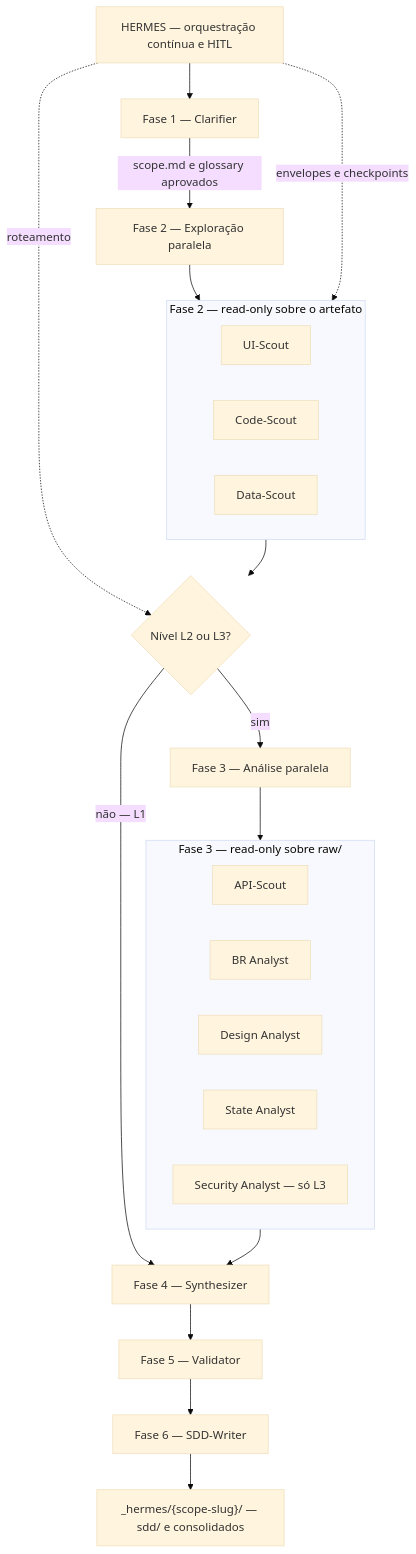
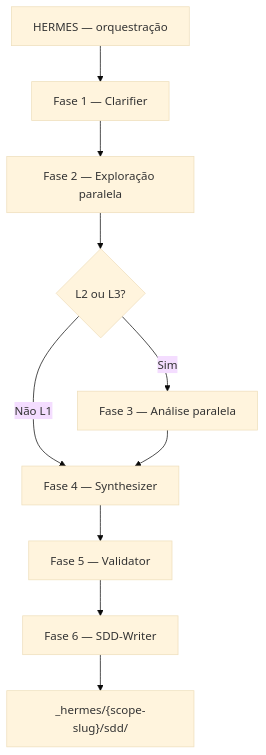
One commit to LuisCarlosLopes/codesteer-hermes changed the diagram in README.md. Above: the diagram before and after it, drawn with Mermaid (base theme). The commit also changed other lines of this file and 1 other file, not shown here.

Commit message:
refactor: update README to reflect new project name and structure, enhance usage instructions, and introduce detailed documentation for HERMES squad operations

````diff
--- a/README.md
+++ b/README.md
@@ -65,38 +64,13 @@
 ```mermaid
 flowchart TB
-  H[HERMES — orquestração contínua e HITL]
-
+  H[HERMES — orquestração]
   H --> F1[Fase 1 — Clarifier]
-  F1 -->|scope.md e glossary aprovados| F2[Fase 2 — Exploração paralela]
-
-  subgraph EXPLORACAO[Fase 2 — read-only sobre o artefato]
-    direction LR
-    UI[UI-Scout]
-    CC[Code-Scout]
-    DD[Data-Scout]
-  end
-
-  F2 --> EXPLORACAO
-  EXPLORACAO --> LEVEL{Nível L2 ou L3?}
-
-  LEVEL -->|não — L1| F4[Fase 4 — Synthesizer]
-  LEVEL -->|sim| F3[Fase 3 — Análise paralela]
-
-  subgraph ANALISE[Fase 3 — read-only sobre raw/]
-    direction LR
-    AP[API-Scout]
-    BR[BR Analyst]
-    DE[Design Analyst]
-    ST[State Analyst]
-    SEC[Security Analyst — só L3]
-  end
-
-  F3 --> ANALISE
-  ANALISE --> F4
+  F1 --> F2[Fase 2 — Exploração paralela]
+  F2 --> LEVEL{L2 ou L3?}
+  LEVEL -->|Não L1| F4[Fase 4 — Synthesizer]
+  LEVEL -->|Sim| F3[Fase 3 — Análise paralela]
+  F3 --> F4
   F4 --> F5[Fase 5 — Validator]
   F5 --> F6[Fase 6 — SDD-Writer]
-  F6 --> OUT["_hermes/{scope-slug}/ — sdd/ e consolidados"]
-
-  H -.->|envelopes e checkpoints| EXPLORACAO
-  H -.->|roteamento| LEVEL
+  F6 --> OUT["_hermes/{scope-slug}/sdd/"]
 ```
````
